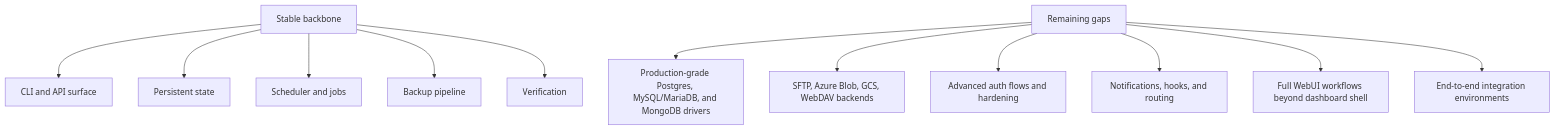
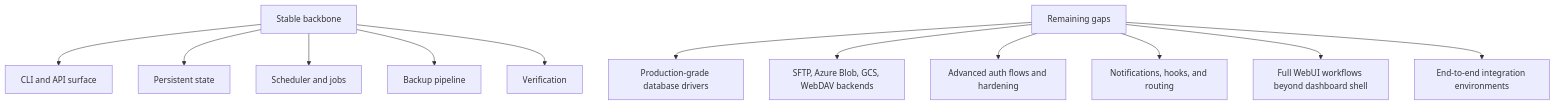
Before and after one commit to ersinkoc/Kronos: diagram 17 of 18 in ARCHITECTURE.md, drawn with Mermaid. The commit also changed other lines of this file and 5 other files, not shown here.

````diff
--- a/ARCHITECTURE.md
+++ b/ARCHITECTURE.md
@@ -653,18 +654,18 @@
 ```mermaid
 flowchart TD
     Backbone[Stable backbone]
     Gaps[Remaining gaps]
 
     Backbone --> CLI[CLI and API surface]
     Backbone --> State[Persistent state]
     Backbone --> Jobs[Scheduler and jobs]
     Backbone --> Pipeline[Backup pipeline]
     Backbone --> Verify[Verification]
 
-    Gaps --> MoreDrivers[Production-grade Postgres, MySQL/MariaDB, and MongoDB drivers]
+    Gaps --> MoreDrivers[Production-grade database drivers]
     Gaps --> MoreStorage[SFTP, Azure Blob, GCS, WebDAV backends]
     Gaps --> Auth[Advanced auth flows and hardening]
     Gaps --> Notifications[Notifications, hooks, and routing]
     Gaps --> WebDepth[Full WebUI workflows beyond dashboard shell]
     Gaps --> E2E[End-to-end integration environments]
 ```
````
